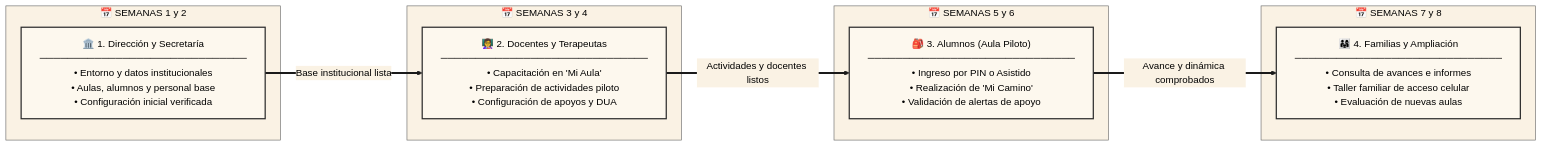
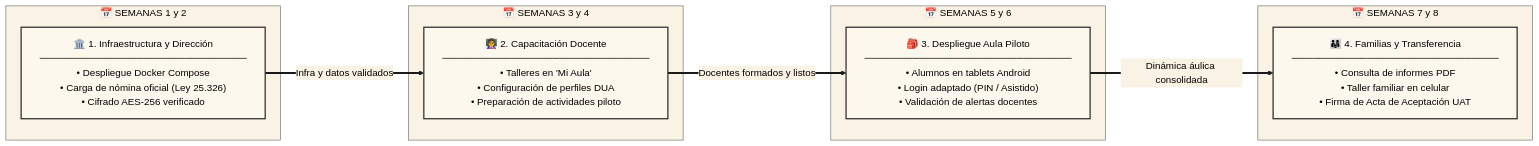
The diagram in InclusiON.Documents/Plans/PLAN-DE-IMPLEMENTACION.md (Sacha-html/InclusiON), drawn with Mermaid before and after one commit. The commit also changed other lines of this file and 8 other files, not shown here.

````diff
--- a/InclusiON.Documents/Plans/PLAN-DE-IMPLEMENTACION.md
+++ b/InclusiON.Documents/Plans/PLAN-DE-IMPLEMENTACION.md
@@ -180,41 +189,41 @@
 ```mermaid
 %%{init: {
   'theme': 'base',
   'themeVariables': {
     'primaryColor': '#FDF8EE',
     'primaryTextColor': '#000000',
     'primaryBorderColor': '#2A2A2A',
     'lineColor': '#1A1A1A',
     'secondaryColor': '#FAF2E4',
     'tertiaryColor': '#FFFDF7',
     'edgeLabelBackground':'#FAF2E4'
   }
 }}%%
 flowchart LR
 
     subgraph S1 ["📅 SEMANAS 1 y 2"]
-        F1["🏛️ 1. Dirección y Secretaría\n──────────────────────────────\n• Entorno y datos institucionales\n• Aulas, alumnos y personal base\n• Configuración inicial verificada"]
+        F1["🏛️ 1. Infraestructura y Dirección\n──────────────────────────────\n• Despliegue Docker Compose\n• Carga de nómina oficial (Ley 25.326)\n• Cifrado AES-256 verificado"]
     end
 
     subgraph S2 ["📅 SEMANAS 3 y 4"]
-        F2["👩‍🏫 2. Docentes y Terapeutas\n──────────────────────────────\n• Capacitación en 'Mi Aula'\n• Preparación de actividades piloto\n• Configuración de apoyos y DUA"]
+        F2["👩‍🏫 2. Capacitación Docente\n──────────────────────────────\n• Talleres en 'Mi Aula'\n• Configuración de perfiles DUA\n• Preparación de actividades piloto"]
     end
 
     subgraph S3 ["📅 SEMANAS 5 y 6"]
-        F3["🎒 3. Alumnos (Aula Piloto)\n──────────────────────────────\n• Ingreso por PIN o Asistido\n• Realización de 'Mi Camino'\n• Validación de alertas de apoyo"]
+        F3["🎒 3. Despliegue Aula Piloto\n──────────────────────────────\n• Alumnos en tablets Android\n• Login adaptado (PIN / Asistido)\n• Validación de alertas docentes"]
     end
 
     subgraph S4 ["📅 SEMANAS 7 y 8"]
-        F4["👨‍👩‍👧 4. Familias y Ampliación\n──────────────────────────────\n• Consulta de avances e informes\n• Taller familiar de acceso celular\n• Evaluación de nuevas aulas"]
+        F4["👨‍👩‍👧 4. Familias y Transferencia\n──────────────────────────────\n• Consulta de informes PDF\n• Taller familiar en celular\n• Firma de Acta de Aceptación UAT"]
     end
 
-    F1 ==>|"Base institucional lista"| F2
-    F2 ==>|"Actividades y docentes listos"| F3
-    F3 ==>|"Avance y dinámica comprobados"| F4
+    F1 ==>|"Infra y datos validados"| F2
+    F2 ==>|"Docentes formados y listos"| F3
+    F3 ==>|"Dinámica áulica consolidada"| F4
 
     classDef creamNode fill:#FDF8EE,stroke:#2A2A2A,stroke-width:2px,color:#000000;
     classDef subNode fill:#FAF2E4,stroke:#666666,stroke-width:1px,color:#000000;
 
     class F1,F2,F3,F4 creamNode;
     class S1,S2,S3,S4 subNode;
 ```
````
